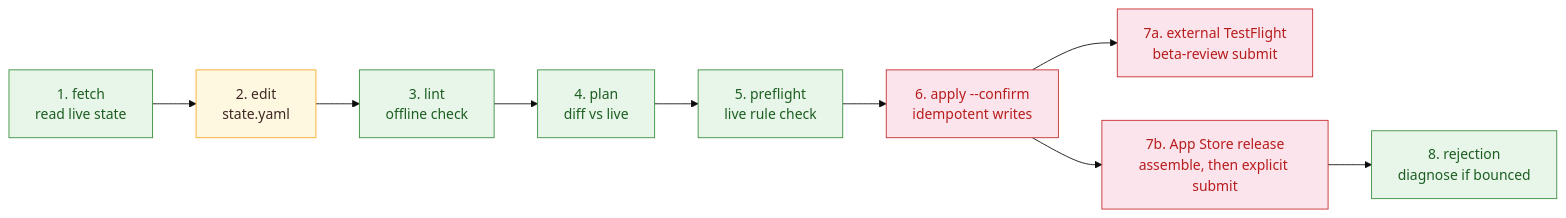
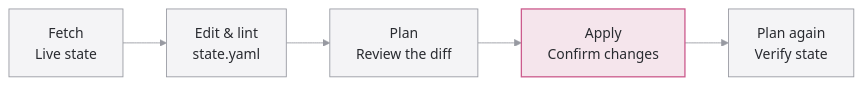
The diagram in README.md (ul0gic/flightline), drawn with Mermaid (base theme) before and after one commit. The commit also changed other lines of this file and 1 other file, not shown here.

First line of the commit message:
docs: simplify README and link to flightline.dev (#3)

````diff
--- a/README.md
+++ b/README.md
@@ -139,19 +27,13 @@
 ```mermaid
 flowchart LR
-    A["1. fetch\nread live state"] --> B["2. edit\nstate.yaml"]
-    B --> C["3. lint\noffline check"]
-    C --> D["4. plan\ndiff vs live"]
-    D --> E["5. preflight\nlive rule check"]
-    E --> F["6. apply --confirm\nidempotent writes"]
-    F --> G["7a. external TestFlight\nbeta-review submit"]
-    F --> H["7b. App Store release\nassemble, then explicit submit"]
-    H --> I["8. rejection\ndiagnose if bounced"]
+    fetch["Fetch<br/>Live state"] --> edit["Edit & lint<br/>state.yaml"]
+    edit --> plan["Plan<br/>Review the diff"]
+    plan --> apply["Apply<br/>Confirm changes"]
+    apply --> verify["Plan again<br/>Verify state"]
 
-    classDef readonly fill:#e8f5e9,stroke:#388e3c,color:#1b5e20
-    classDef write fill:#fff8e1,stroke:#f9a825,color:#3e2723
-    classDef commit fill:#fce4ec,stroke:#c62828,color:#b71c1c
-
-    class A,C,D,E,I readonly
-    class B write
-    class F,G,H commit
+    classDef neutral fill:#f4f4f6,stroke:#9799a1,color:#292b30,stroke-width:1px
+    classDef confirmed fill:#f5e5ec,stroke:#cc5b8d,color:#292b30,stroke-width:1.5px
+    class fetch,edit,plan,verify neutral
+    class apply confirmed
+    linkStyle default stroke:#9799a1,stroke-width:1px
 ```
````
